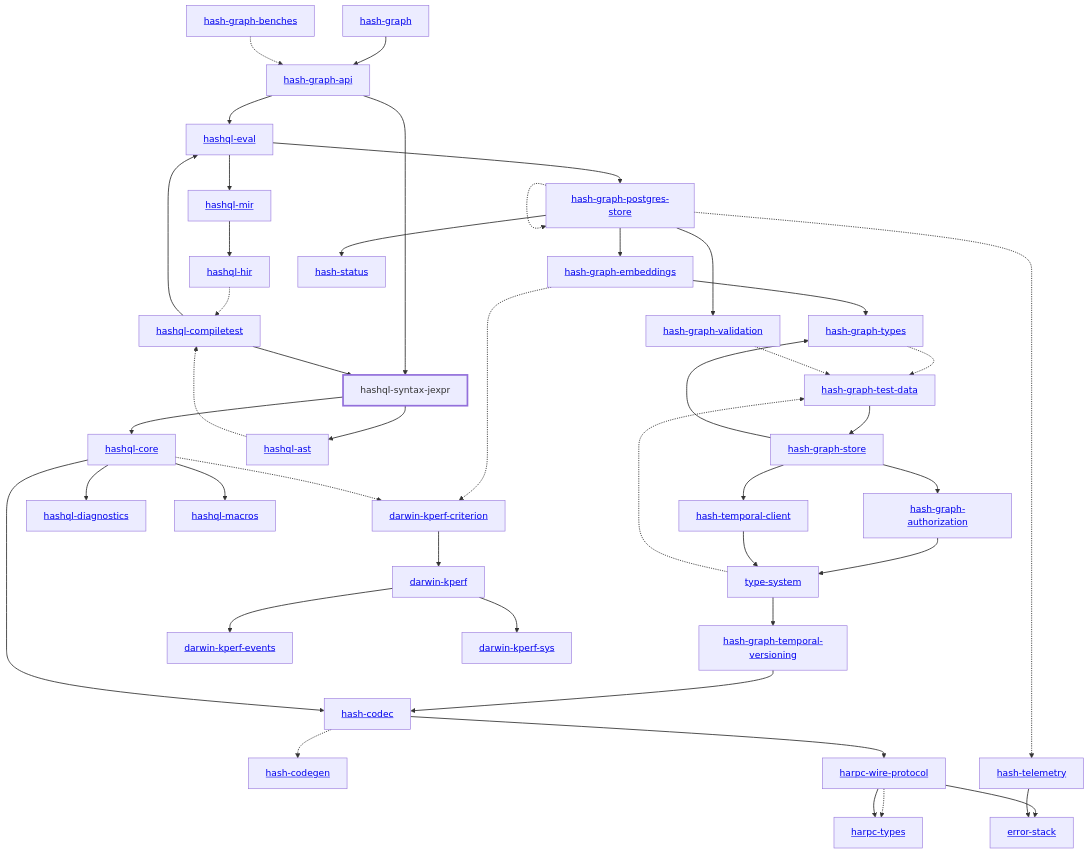
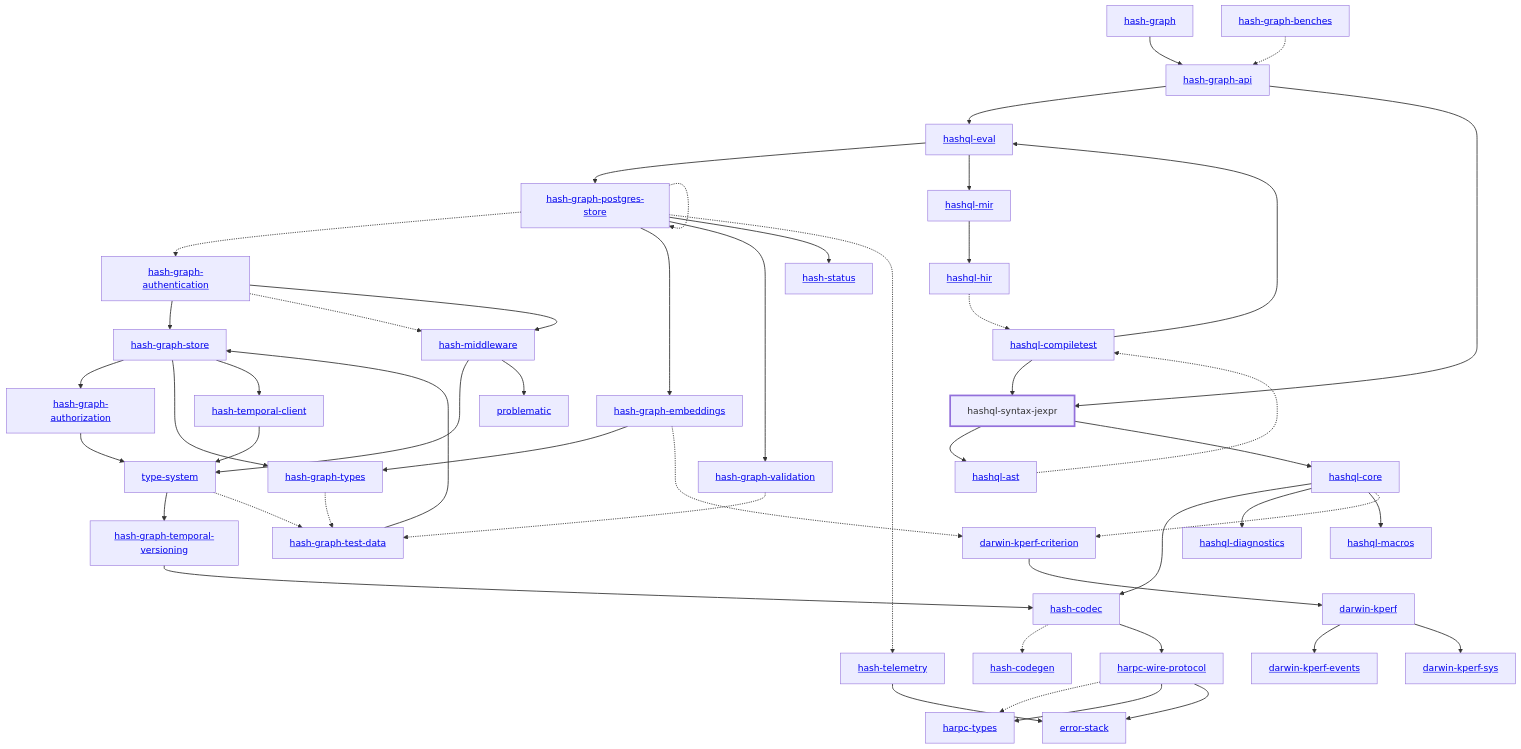
Before and after one commit to hashintel/hash: the diagram in libs/@local/hashql/syntax-jexpr/docs/dependency-diagram.mmd, drawn with Mermaid. The commit also changed 47 other files, not shown here.

Commit message:
Authenticate public Graph API requests with API tokens

```diff
--- a/libs/@local/hashql/syntax-jexpr/docs/dependency-diagram.mmd
+++ b/libs/@local/hashql/syntax-jexpr/docs/dependency-diagram.mmd
@@ -1,88 +1,97 @@
 graph TD
     linkStyle default stroke-width:1.5px
     classDef default stroke-width:1px
     classDef root stroke-width:3px
     classDef dev stroke-width:1px
     classDef build stroke-width:1px
     %% Legend
     %% --> : Normal dependency
     %% -.-> : Dev dependency
     %% ---> : Build dependency
     0[<a href="../hash_graph/index.html">hash-graph</a>]
     1[<a href="../type_system/index.html">type-system</a>]
     2[<a href="../hash_codec/index.html">hash-codec</a>]
     3[<a href="../hash_codegen/index.html">hash-codegen</a>]
     4[<a href="../hash_graph_api/index.html">hash-graph-api</a>]
-    5[<a href="../hash_graph_authorization/index.html">hash-graph-authorization</a>]
-    6[<a href="../hash_graph_embeddings/index.html">hash-graph-embeddings</a>]
-    7[<a href="../hash_graph_postgres_store/index.html">hash-graph-postgres-store</a>]
-    8[<a href="../hash_graph_store/index.html">hash-graph-store</a>]
-    9[<a href="../hash_graph_temporal_versioning/index.html">hash-graph-temporal-versioning</a>]
-    10[<a href="../hash_graph_types/index.html">hash-graph-types</a>]
-    11[<a href="../hash_graph_validation/index.html">hash-graph-validation</a>]
-    12[<a href="../harpc_types/index.html">harpc-types</a>]
-    13[<a href="../harpc_wire_protocol/index.html">harpc-wire-protocol</a>]
-    14[<a href="../hashql_ast/index.html">hashql-ast</a>]
-    15[<a href="../hashql_compiletest/index.html">hashql-compiletest</a>]
-    16[<a href="../hashql_core/index.html">hashql-core</a>]
-    17[<a href="../hashql_diagnostics/index.html">hashql-diagnostics</a>]
-    18[<a href="../hashql_eval/index.html">hashql-eval</a>]
-    19[<a href="../hashql_hir/index.html">hashql-hir</a>]
-    20[<a href="../hashql_macros/index.html">hashql-macros</a>]
-    21[<a href="../hashql_mir/index.html">hashql-mir</a>]
-    22[hashql-syntax-jexpr]
-    class 22 root
-    23[<a href="../hash_status/index.html">hash-status</a>]
-    24[<a href="../hash_telemetry/index.html">hash-telemetry</a>]
-    25[<a href="../hash_temporal_client/index.html">hash-temporal-client</a>]
-    26[<a href="../darwin_kperf/index.html">darwin-kperf</a>]
-    27[<a href="../darwin_kperf_criterion/index.html">darwin-kperf-criterion</a>]
-    28[<a href="../darwin_kperf_events/index.html">darwin-kperf-events</a>]
-    29[<a href="../darwin_kperf_sys/index.html">darwin-kperf-sys</a>]
-    30[<a href="../error_stack/index.html">error-stack</a>]
-    31[<a href="../hash_graph_benches/index.html">hash-graph-benches</a>]
-    32[<a href="../hash_graph_test_data/index.html">hash-graph-test-data</a>]
+    5[<a href="../hash_graph_authentication/index.html">hash-graph-authentication</a>]
+    6[<a href="../hash_graph_authorization/index.html">hash-graph-authorization</a>]
+    7[<a href="../hash_graph_embeddings/index.html">hash-graph-embeddings</a>]
+    8[<a href="../hash_graph_postgres_store/index.html">hash-graph-postgres-store</a>]
+    9[<a href="../hash_graph_store/index.html">hash-graph-store</a>]
+    10[<a href="../hash_graph_temporal_versioning/index.html">hash-graph-temporal-versioning</a>]
+    11[<a href="../hash_graph_types/index.html">hash-graph-types</a>]
+    12[<a href="../hash_graph_validation/index.html">hash-graph-validation</a>]
+    13[<a href="../harpc_types/index.html">harpc-types</a>]
+    14[<a href="../harpc_wire_protocol/index.html">harpc-wire-protocol</a>]
+    15[<a href="../hashql_ast/index.html">hashql-ast</a>]
+    16[<a href="../hashql_compiletest/index.html">hashql-compiletest</a>]
+    17[<a href="../hashql_core/index.html">hashql-core</a>]
+    18[<a href="../hashql_diagnostics/index.html">hashql-diagnostics</a>]
+    19[<a href="../hashql_eval/index.html">hashql-eval</a>]
+    20[<a href="../hashql_hir/index.html">hashql-hir</a>]
+    21[<a href="../hashql_macros/index.html">hashql-macros</a>]
+    22[<a href="../hashql_mir/index.html">hashql-mir</a>]
+    23[hashql-syntax-jexpr]
+    class 23 root
+    24[<a href="../hash_middleware/index.html">hash-middleware</a>]
+    25[<a href="../hash_status/index.html">hash-status</a>]
+    26[<a href="../hash_telemetry/index.html">hash-telemetry</a>]
+    27[<a href="../hash_temporal_client/index.html">hash-temporal-client</a>]
+    28[<a href="../darwin_kperf/index.html">darwin-kperf</a>]
+    29[<a href="../darwin_kperf_criterion/index.html">darwin-kperf-criterion</a>]
+    30[<a href="../darwin_kperf_events/index.html">darwin-kperf-events</a>]
+    31[<a href="../darwin_kperf_sys/index.html">darwin-kperf-sys</a>]
+    32[<a href="../error_stack/index.html">error-stack</a>]
+    33[<a href="../problematic/index.html">problematic</a>]
+    34[<a href="../hash_graph_benches/index.html">hash-graph-benches</a>]
+    35[<a href="../hash_graph_test_data/index.html">hash-graph-test-data</a>]
     0 --> 4
-    1 --> 9
-    1 -.-> 32
+    1 --> 10
+    1 -.-> 35
     2 -.-> 3
-    2 --> 13
-    4 --> 18
-    4 --> 22
-    5 --> 1
-    6 --> 10
-    6 -.-> 27
-    7 --> 6
-    7 -.-> 7
+    2 --> 14
+    4 --> 19
+    4 --> 23
+    5 --> 9
+    5 -.-> 24
+    5 --> 24
+    6 --> 1
     7 --> 11
-    7 --> 23
-    7 -.-> 24
-    8 --> 5
-    8 --> 10
+    7 -.-> 29
+    8 -.-> 5
+    8 --> 7
+    8 -.-> 8
+    8 --> 12
     8 --> 25
-    9 --> 2
-    10 -.-> 32
-    11 -.-> 32
-    13 -.-> 12
-    13 --> 12
-    13 --> 30
-    14 -.-> 15
-    15 --> 18
-    15 --> 22
-    16 --> 2
-    16 --> 17
-    16 --> 20
-    16 -.-> 27
-    18 --> 7
-    18 --> 21
-    19 -.-> 15
-    21 --> 19
-    22 --> 14
-    22 --> 16
-    24 --> 30
-    25 --> 1
-    26 --> 28
-    26 --> 29
-    27 --> 26
-    31 -.-> 4
-    32 --> 8
+    8 -.-> 26
+    9 --> 6
+    9 --> 11
+    9 --> 27
+    10 --> 2
+    11 -.-> 35
+    12 -.-> 35
+    14 -.-> 13
+    14 --> 13
+    14 --> 32
+    15 -.-> 16
+    16 --> 19
+    16 --> 23
+    17 --> 2
+    17 --> 18
+    17 --> 21
+    17 -.-> 29
+    19 --> 8
+    19 --> 22
+    20 -.-> 16
+    22 --> 20
+    23 --> 15
+    23 --> 17
+    24 --> 1
+    24 --> 33
+    26 --> 32
+    27 --> 1
+    28 --> 30
+    28 --> 31
+    29 --> 28
+    34 -.-> 4
+    35 --> 9
```
